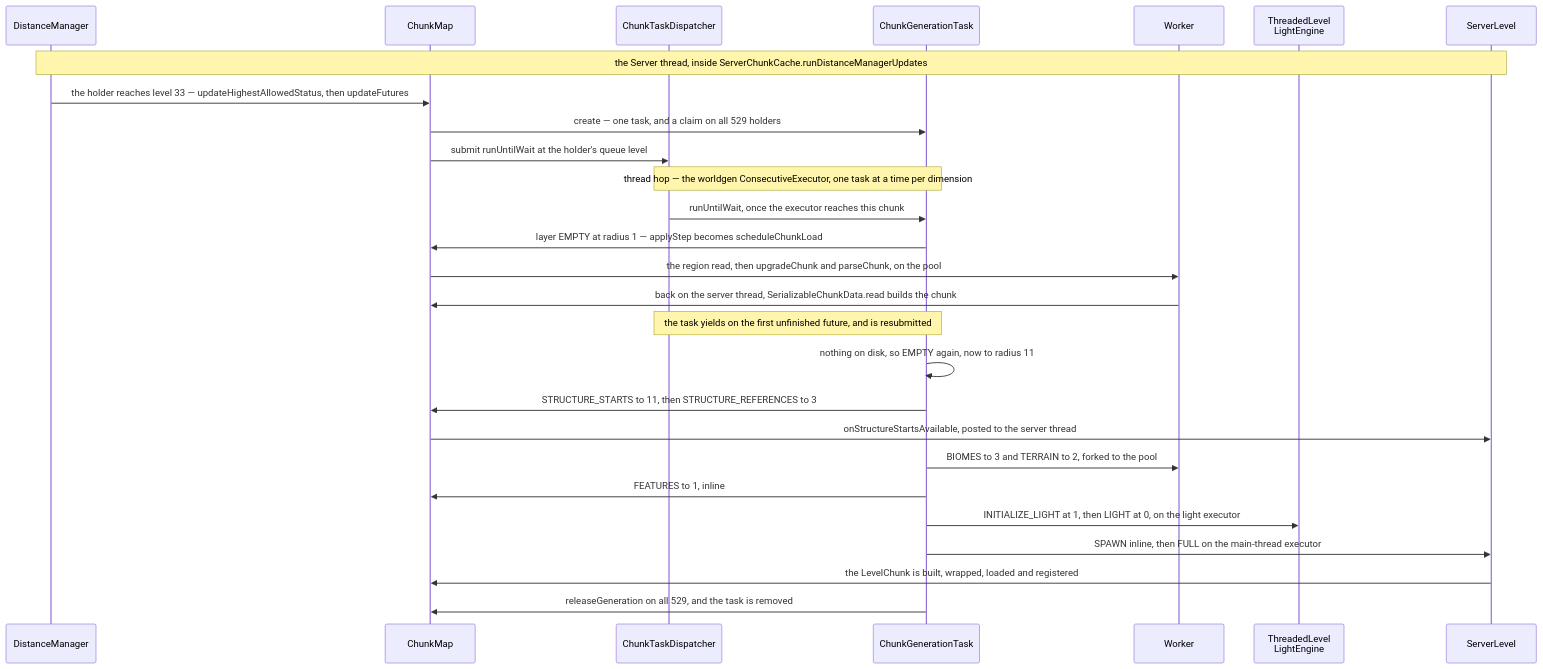
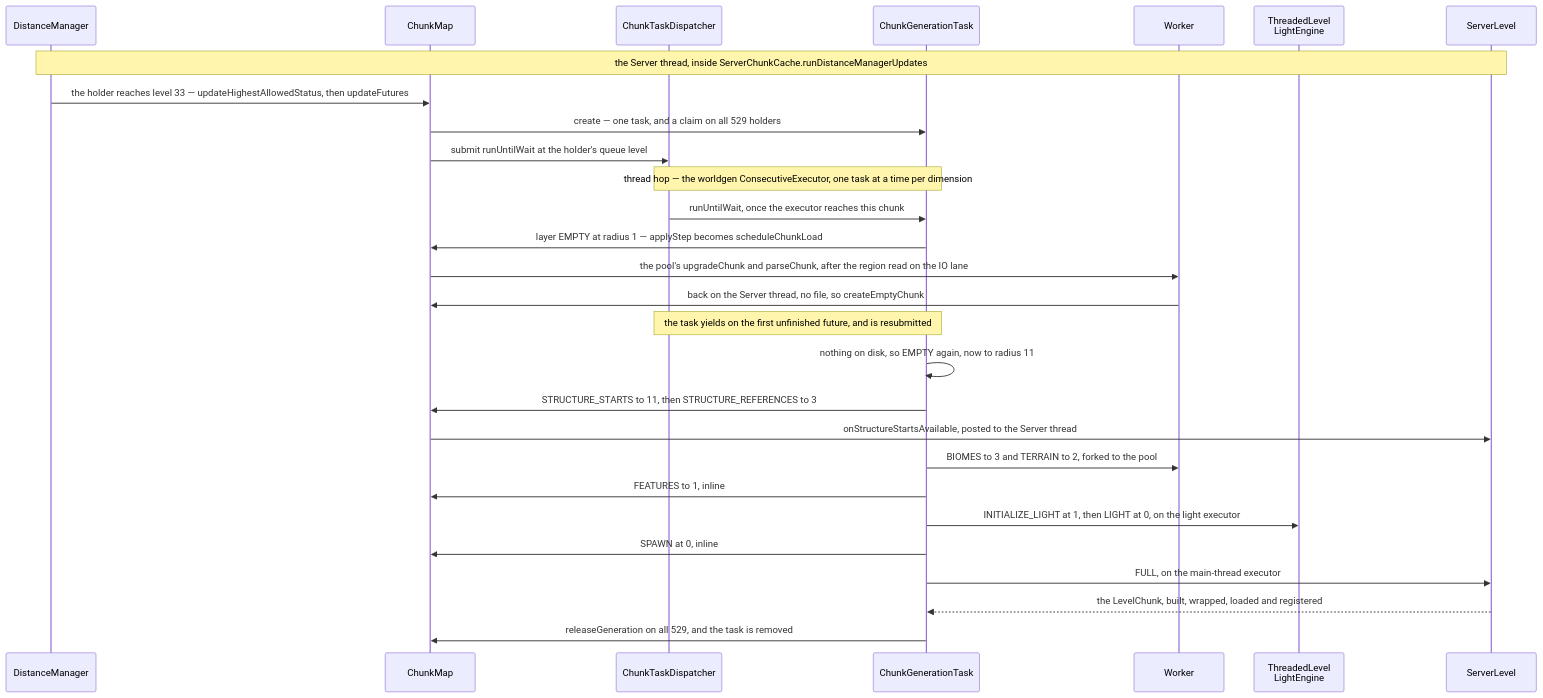
Before and after one commit to AlexanderjFraser/MinecraftDocs: the second of 2 diagrams in src/systems/world/chunk-generation-pipeline.md, drawn with Mermaid. The commit also changed other lines of this file and 20 other files, not shown here.

````diff
--- a/src/systems/world/chunk-generation-pipeline.md
+++ b/src/systems/world/chunk-generation-pipeline.md
@@ -410,30 +421,31 @@
 ```mermaid
 sequenceDiagram
     participant DM as DistanceManager
     participant CM as ChunkMap
     participant CTD as ChunkTaskDispatcher
     participant CGT as ChunkGenerationTask
     participant Worker as Worker
     participant TLE as ThreadedLevel<br/>LightEngine
     participant SL as ServerLevel
 
     Note over DM,SL: the Server thread, inside ServerChunkCache.runDistanceManagerUpdates
     DM->>CM: the holder reaches level 33 — updateHighestAllowedStatus, then updateFutures
     CM->>CGT: create — one task, and a claim on all 529 holders
     CM->>CTD: submit runUntilWait at the holder's queue level
     Note over CTD,CGT: thread hop — the worldgen ConsecutiveExecutor, one task at a time per dimension
     CTD->>CGT: runUntilWait, once the executor reaches this chunk
     CGT->>CM: layer EMPTY at radius 1 — applyStep becomes scheduleChunkLoad
-    CM->>Worker: the region read, then upgradeChunk and parseChunk, on the pool
-    Worker->>CM: back on the server thread, SerializableChunkData.read builds the chunk
+    CM->>Worker: the pool's upgradeChunk and parseChunk, after the region read on the IO lane
+    Worker->>CM: back on the Server thread, no file, so createEmptyChunk
     Note over CTD,CGT: the task yields on the first unfinished future, and is resubmitted
     CGT->>CGT: nothing on disk, so EMPTY again, now to radius 11
     CGT->>CM: STRUCTURE_STARTS to 11, then STRUCTURE_REFERENCES to 3
-    CM->>SL: onStructureStartsAvailable, posted to the server thread
+    CM->>SL: onStructureStartsAvailable, posted to the Server thread
     CGT->>Worker: BIOMES to 3 and TERRAIN to 2, forked to the pool
     CGT->>CM: FEATURES to 1, inline
     CGT->>TLE: INITIALIZE_LIGHT at 1, then LIGHT at 0, on the light executor
-    CGT->>SL: SPAWN inline, then FULL on the main-thread executor
-    SL->>CM: the LevelChunk is built, wrapped, loaded and registered
+    CGT->>CM: SPAWN at 0, inline
+    CGT->>SL: FULL, on the main-thread executor
+    SL-->>CGT: the LevelChunk, built, wrapped, loaded and registered
     CGT->>CM: releaseGeneration on all 529, and the task is removed
 ```
````
